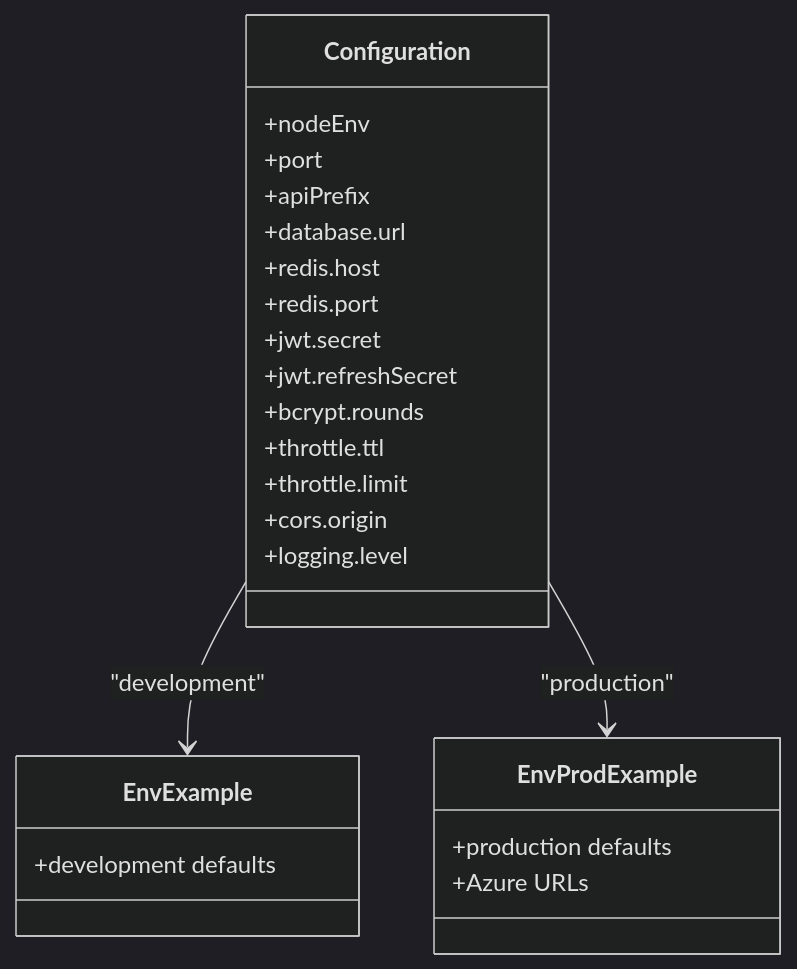
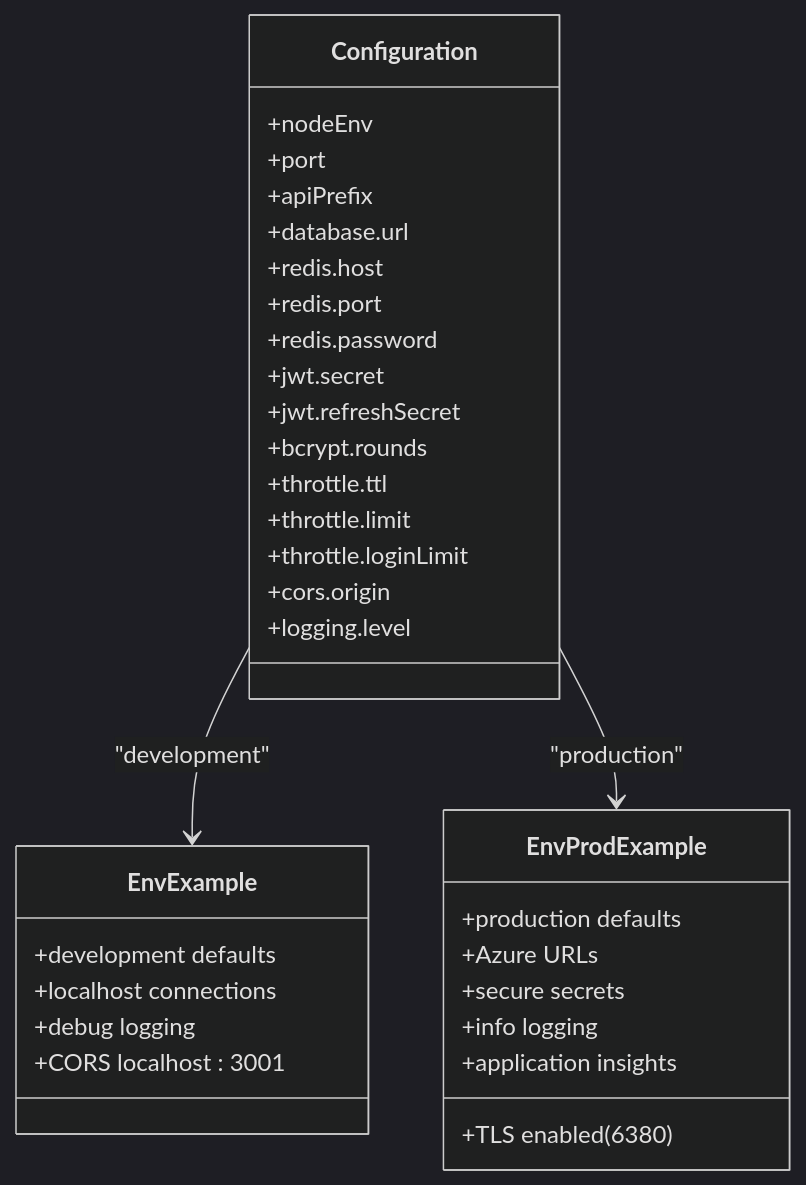
The seventh of 10 diagrams in .qoder/repowiki/en/content/Deployment and Infrastructure/Docker Containerization.md (Avi-Bendetsky/Quiz-to-build), drawn with Mermaid (dark theme) before and after one commit. The commit also changed other lines of this file and 41 other files, not shown here.

````diff
--- a/.qoder/repowiki/en/content/Deployment and Infrastructure/Docker Containerization.md
+++ b/.qoder/repowiki/en/content/Deployment and Infrastructure/Docker Containerization.md
@@ -282,27 +441,36 @@
 ```mermaid
 classDiagram
 class Configuration {
 +nodeEnv
 +port
 +apiPrefix
 +database.url
 +redis.host
 +redis.port
++redis.password
 +jwt.secret
 +jwt.refreshSecret
 +bcrypt.rounds
 +throttle.ttl
 +throttle.limit
++throttle.loginLimit
 +cors.origin
 +logging.level
 }
 class EnvExample {
 +development defaults
++localhost connections
++debug logging
++CORS localhost : 3001
 }
 class EnvProdExample {
 +production defaults
 +Azure URLs
++TLS enabled (6380)
++secure secrets
++info logging
++application insights
 }
 Configuration --> EnvExample : "development"
 Configuration --> EnvProdExample : "production"
 ```
````
